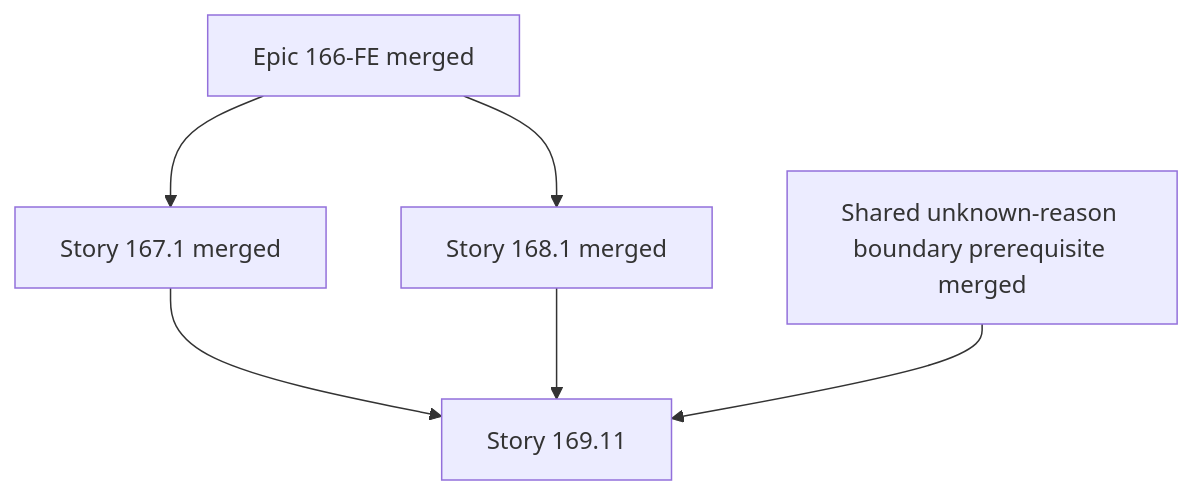
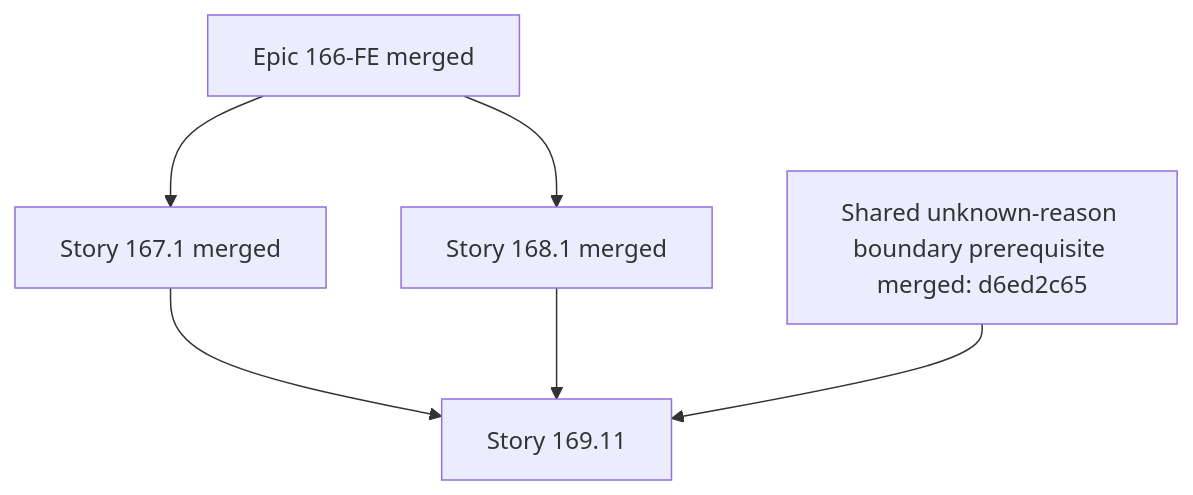
Before and after one commit to salacoste/wb-erp-system-daytona-FE: the diagram in .omx/plans/169.11-migrate-returns-analytics.md, drawn with Mermaid. The commit also changed other lines of this file, not shown here.

````diff
--- a/.omx/plans/169.11-migrate-returns-analytics.md
+++ b/.omx/plans/169.11-migrate-returns-analytics.md
@@ -45,9 +48,9 @@
 ```mermaid
 flowchart TD
   E166["Epic 166-FE merged"] --> S167_1["Story 167.1 merged"]
   E166 --> S168_1["Story 168.1 merged"]
   S167_1 --> THIS["Story 169.11"]
   S168_1 --> THIS
-  UNKNOWN["Shared unknown-reason boundary prerequisite merged"] --> THIS
+  UNKNOWN["Shared unknown-reason boundary prerequisite merged: d6ed2c65"] --> THIS
 
 ```
````
